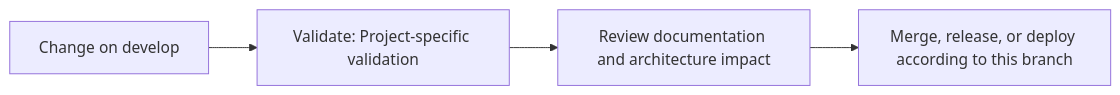
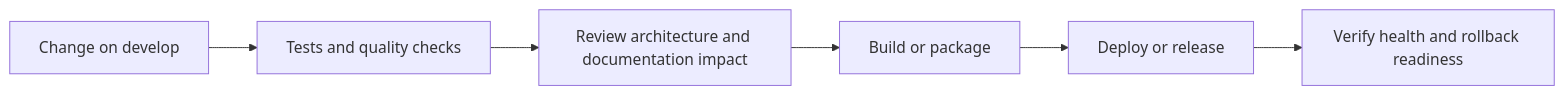
Before and after one commit to Nischhalsubba/corona_tracker: the fourth of 5 diagrams in README.md, drawn with Mermaid. The commit also changed other lines of this file, not shown here.

````diff
--- a/README.md
+++ b/README.md
@@ -49,8 +117,8 @@
 ```mermaid
 flowchart LR
-    CHANGE["Change on develop"]
-    CHECK["Validate: Project-specific validation"]
-    REVIEW["Review documentation and architecture impact"]
-    RELEASE["Merge, release, or deploy according to this branch"]
-    CHANGE --> CHECK --> REVIEW --> RELEASE
+    CHANGE["Change on develop"] --> CHECK["Tests and quality checks"]
+    CHECK --> REVIEW["Review architecture and documentation impact"]
+    REVIEW --> BUILD["Build or package"]
+    BUILD --> DEPLOY["Deploy or release"]
+    DEPLOY --> VERIFY["Verify health and rollback readiness"]
 ```
````
